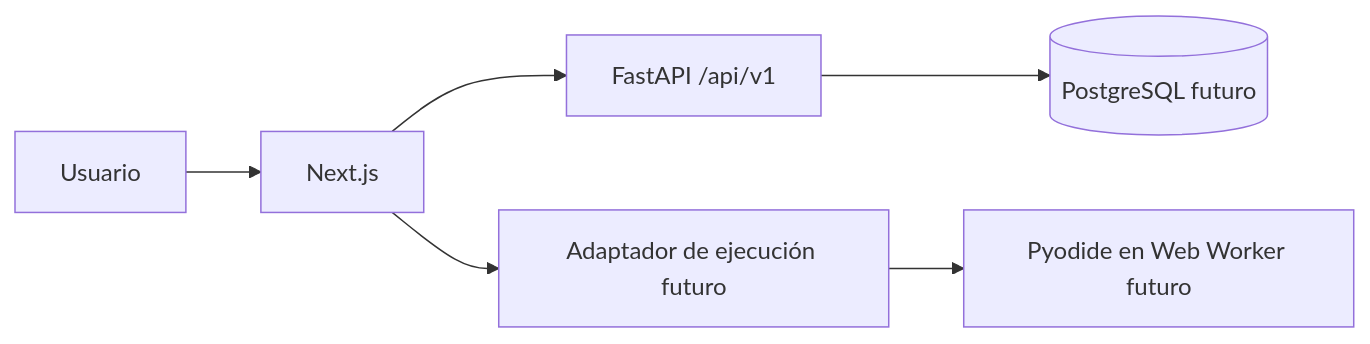
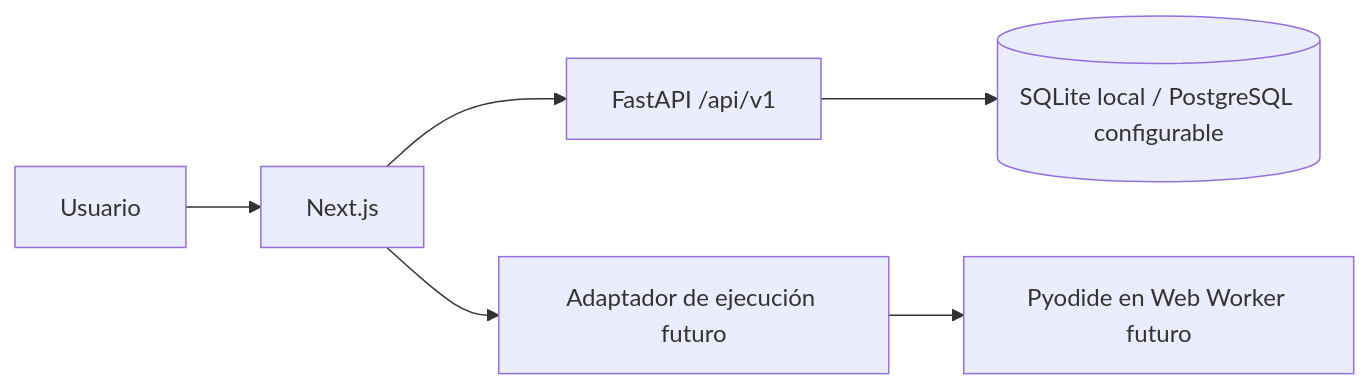
The diagram in docs/architecture.md (ljuarezar14/Python), drawn with Mermaid before and after one commit. The commit also changed other lines of this file and 32 other files, not shown here.

````diff
--- a/docs/architecture.md
+++ b/docs/architecture.md
@@ -5,8 +5,8 @@
 ```mermaid
 flowchart LR
   U[Usuario] --> F[Next.js]
   F --> API[FastAPI /api/v1]
   F --> EX[Adaptador de ejecución futuro]
   EX --> PY[Pyodide en Web Worker futuro]
-  API --> DB[(PostgreSQL futuro)]
+  API --> DB[(SQLite local / PostgreSQL configurable)]
 ```
````
